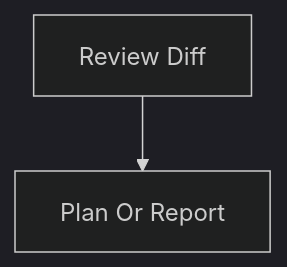
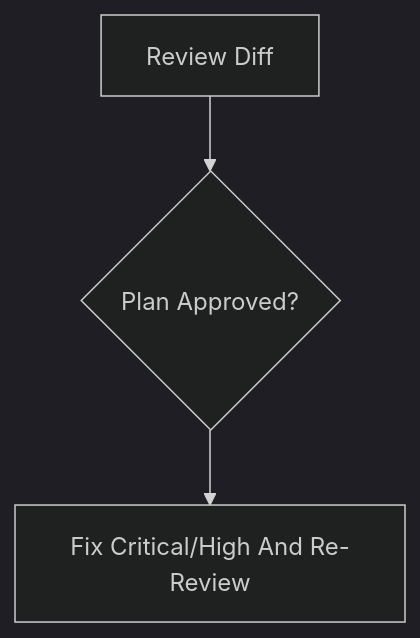
Before and after one commit to linghaoSu/agent-plugins: the diagram in idea-to-ship/skills/review-code/SKILL.md, drawn with Mermaid (dark theme). The commit also changed other lines of this file and 6 other files, not shown here.

Commit message:
feat(review): add approved critical-high fix loop

````diff
--- a/idea-to-ship/skills/review-code/SKILL.md
+++ b/idea-to-ship/skills/review-code/SKILL.md
@@ -76,4 +64,5 @@
 ```mermaid
 flowchart TD
-  A[Review Diff] --> B[Plan Or Report]
+  A[Review Diff] --> B{Plan Approved?}
+  B --> C[Fix Critical/High And Re-Review]
 ```
````
